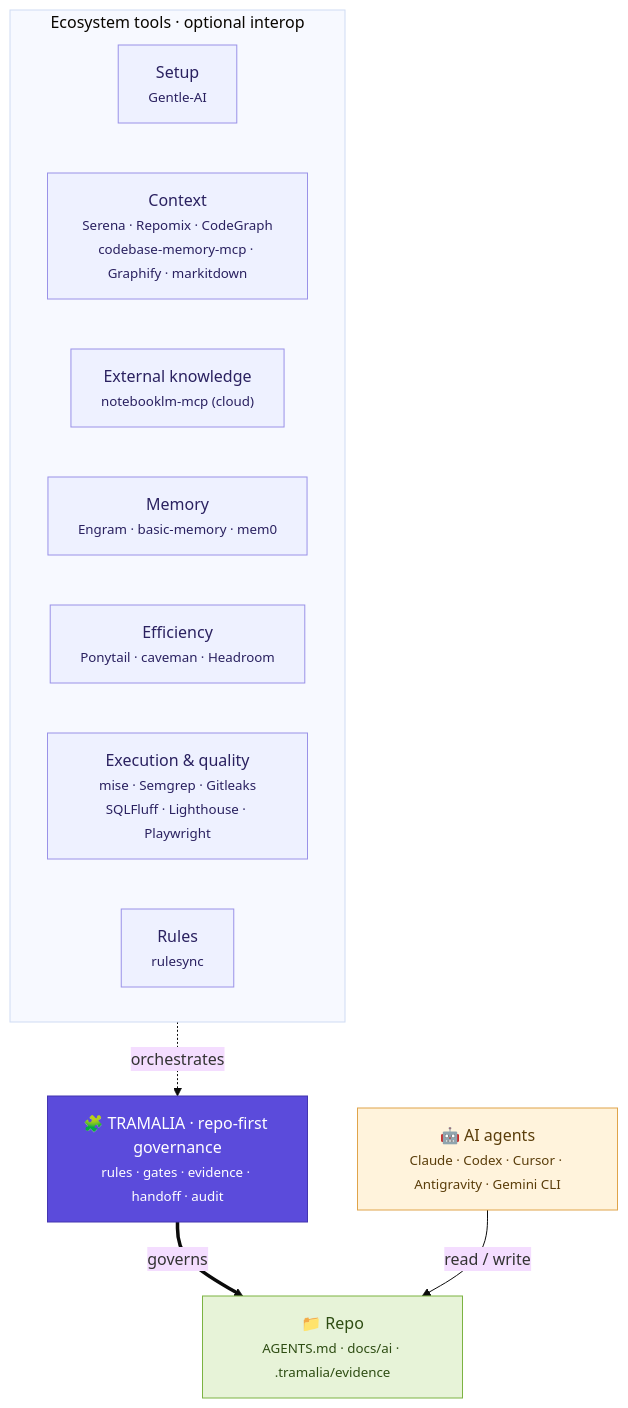
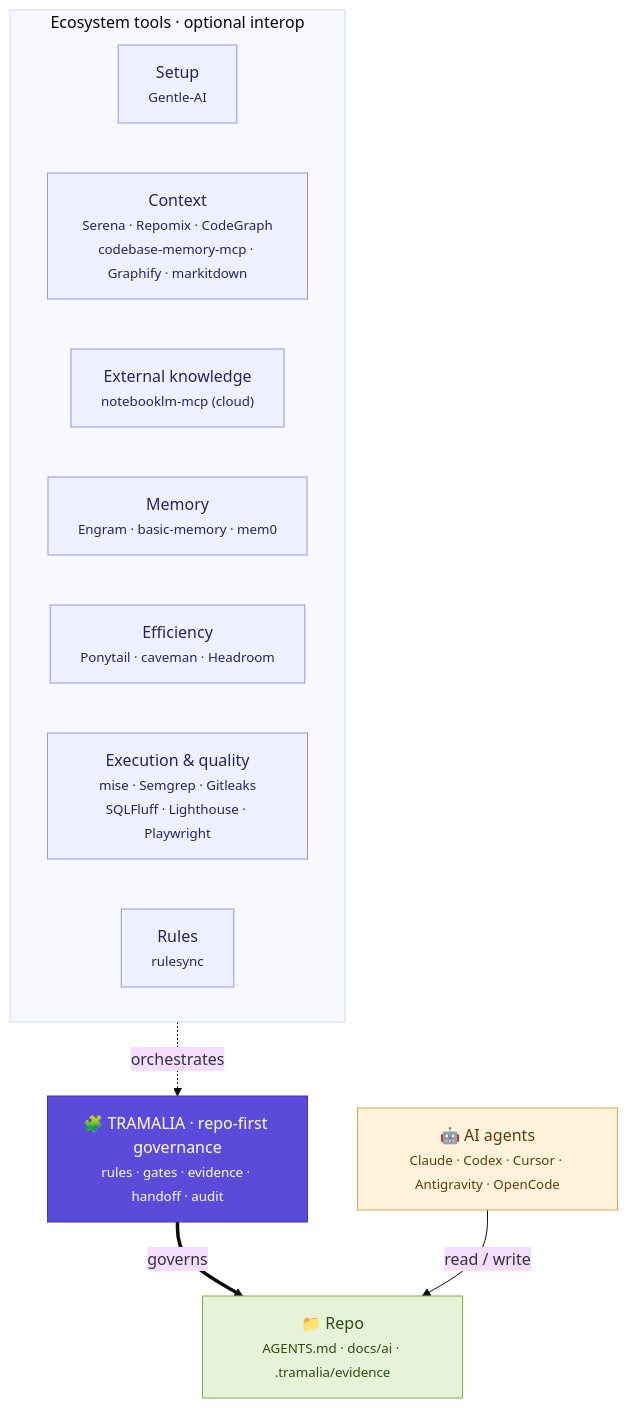
One commit to MscottB/tramalia changed the diagram in docs/ecosistema.en.md. Above: the diagram before and after it, drawn with Mermaid (base theme). The commit also changed other lines of this file and 32 other files, not shown here.

First line of the commit message:
feat: v0.33.0 — portada carta de presentación + diagramas dark-mode + aclaración de Cierre

````diff
--- a/docs/ecosistema.en.md
+++ b/docs/ecosistema.en.md
@@ -9,27 +9,27 @@
 ```mermaid
 flowchart TB
     classDef core fill:#5b4bdb,stroke:#4335b0,color:#ffffff;
     classDef sat  fill:#eef1ff,stroke:#9a92e8,color:#2a2160;
     classDef repo fill:#e7f3d8,stroke:#7cb342,color:#2e4d13;
     classDef agent fill:#fff3dc,stroke:#e0a44a,color:#5a3d0a;
 
-    AG["🤖 AI agents<br/><small>Claude · Codex · Cursor · Antigravity · Gemini CLI</small>"]:::agent
+    AG["🤖 AI agents<br/><small>Claude · Codex · Cursor · Antigravity · OpenCode</small>"]:::agent
 
     subgraph TOOLS["Ecosystem tools · optional interop"]
       direction LR
       SETUP["Setup<br/><small>Gentle-AI</small>"]:::sat
       CTX["Context<br/><small>Serena · Repomix · CodeGraph<br/>codebase-memory-mcp · Graphify · markitdown</small>"]:::sat
       KNOW["External knowledge<br/><small>notebooklm-mcp (cloud)</small>"]:::sat
       MEM["Memory<br/><small>Engram · basic-memory · mem0</small>"]:::sat
       EFF["Efficiency<br/><small>Ponytail · caveman · Headroom</small>"]:::sat
       EXEC["Execution & quality<br/><small>mise · Semgrep · Gitleaks<br/>SQLFluff · Lighthouse · Playwright</small>"]:::sat
       FAN["Rules<br/><small>rulesync</small>"]:::sat
     end
 
     T["🧩 TRAMALIA · repo-first governance<br/><small>rules · gates · evidence · handoff · audit</small>"]:::core
     R["📁 Repo<br/><small>AGENTS.md · docs/ai · .tramalia/evidence</small>"]:::repo
 
     TOOLS -. orchestrates .-> T
     T ==>|governs| R
     AG -->|read / write| R
 ```
````
